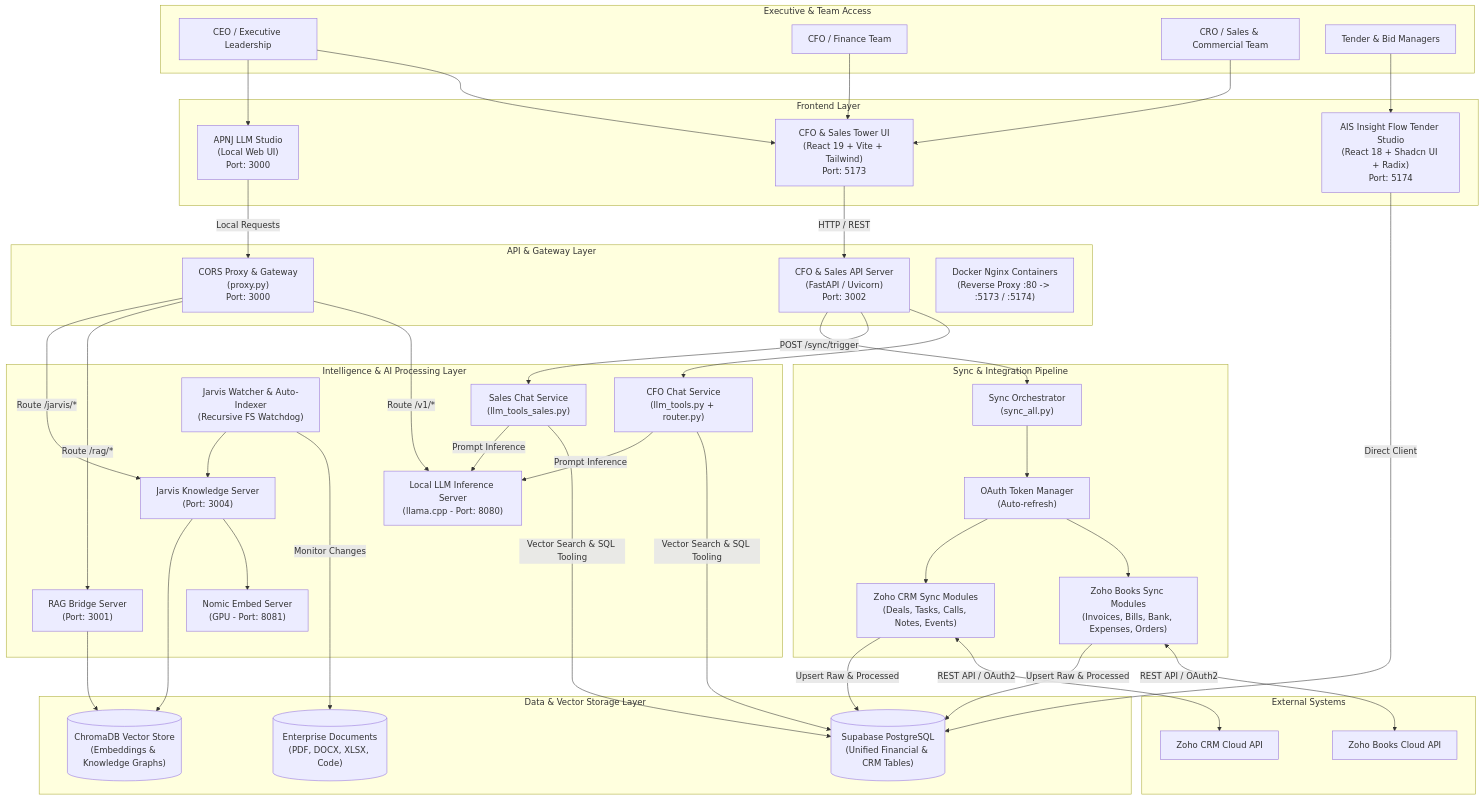
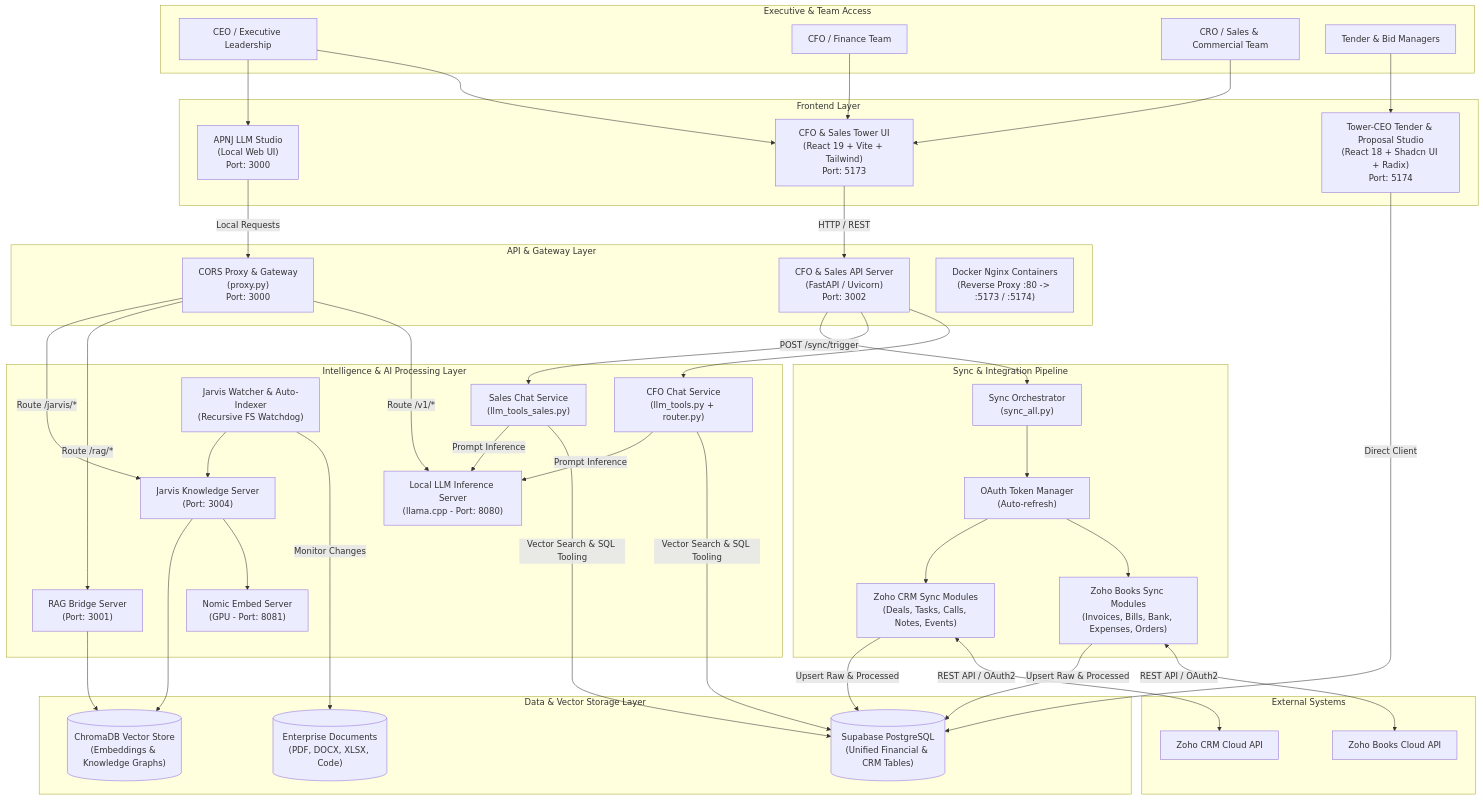
Before and after one commit to riteshpp05/Tower-CEO: the first of 2 diagrams in README.md, drawn with Mermaid. The commit also changed other lines of this file and 315 other files, not shown here.

Commit message:
feat(architecture): structure repository into clean system design services and scripts

```diff
--- a/README.md
+++ b/README.md
@@ -76,7 +76,7 @@
 
     subgraph PresentationLayer ["Frontend Layer"]
         CFOUi["CFO & Sales Tower UI\n(React 19 + Vite + Tailwind)\nPort: 5173"]
-        InsightUi["AIS Insight Flow Tender Studio\n(React 18 + Shadcn UI + Radix)\nPort: 5174"]
+        InsightUi["Tower-CEO Tender & Proposal Studio\n(React 18 + Shadcn UI + Radix)\nPort: 5174"]
         StudioUi["APNJ LLM Studio\n(Local Web UI)\nPort: 3000"]
     end
 
```
